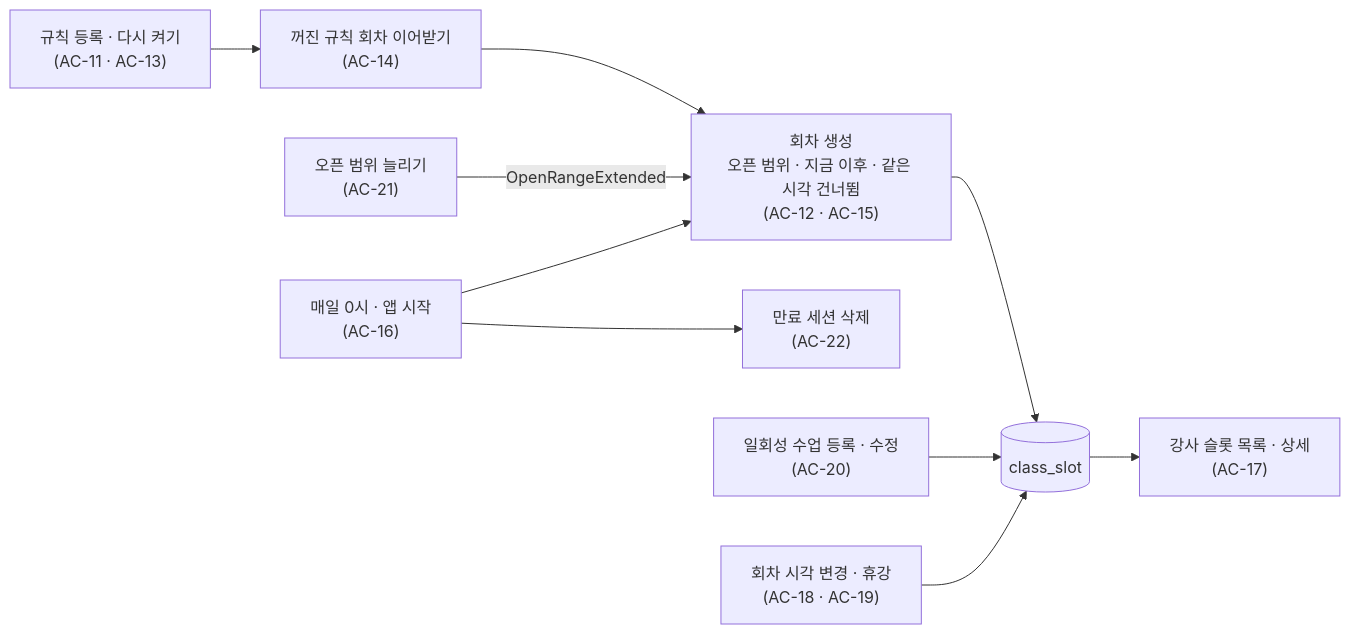
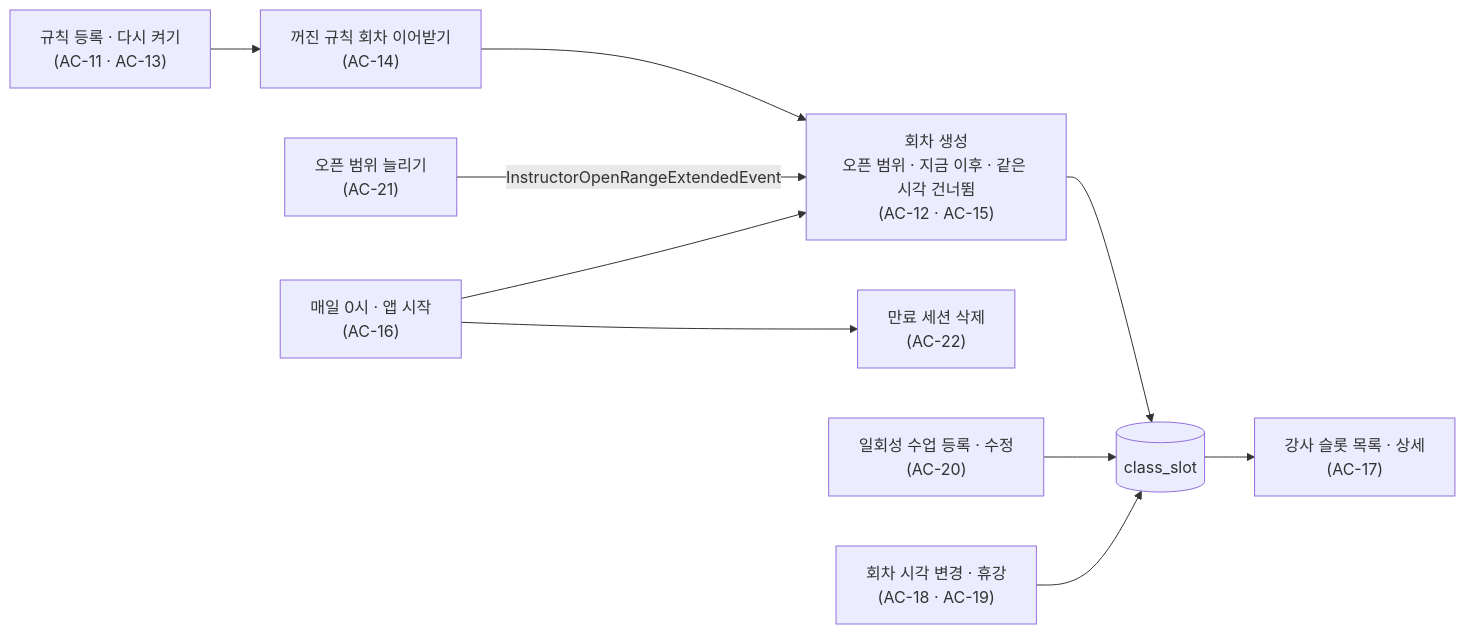
One commit to Fit-link-v2/FitLink-BE changed the third of 5 diagrams in docs/spec/instructor/0001-instructor-setup/prd.md. Above: the diagram before and after it, drawn with Mermaid. The commit also changed other lines of this file and 15 other files, not shown here.

````diff
--- a/docs/spec/instructor/0001-instructor-setup/prd.md
+++ b/docs/spec/instructor/0001-instructor-setup/prd.md
@@ -240,11 +240,11 @@
 ```mermaid
 flowchart LR
     R["규칙 등록 · 다시 켜기<br/>(AC-11 · AC-13)"] --> T["꺼진 규칙 회차 이어받기<br/>(AC-14)"] --> G["회차 생성<br/>오픈 범위 · 지금 이후 · 같은 시각 건너뜀<br/>(AC-12 · AC-15)"]
-    S["오픈 범위 늘리기<br/>(AC-21)"] -->|"OpenRangeExtended"| G
+    S["오픈 범위 늘리기<br/>(AC-21)"] -->|"InstructorOpenRangeExtendedEvent"| G
     M["매일 0시 · 앱 시작<br/>(AC-16)"] --> G
     M --> X["만료 세션 삭제<br/>(AC-22)"]
     G --> DB[("class_slot")]
     O["일회성 수업 등록 · 수정<br/>(AC-20)"] --> DB
     E["회차 시각 변경 · 휴강<br/>(AC-18 · AC-19)"] --> DB
     DB --> L["강사 슬롯 목록 · 상세<br/>(AC-17)"]
 ```
````
